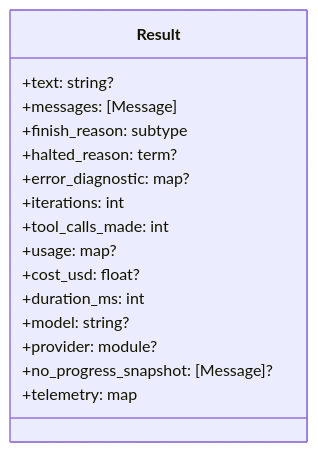
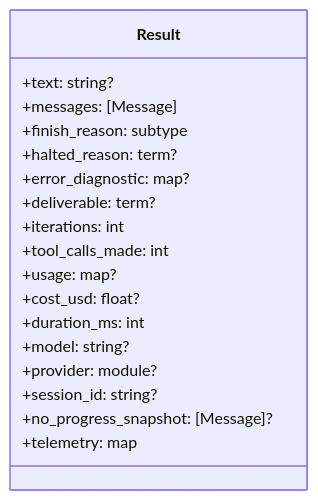
One commit to Dodothereal/ex_athena changed the fourth of 4 diagrams in docs/05-state-and-termination.md. Above: the diagram before and after it, drawn with Mermaid. The commit also changed other lines of this file and 4 other files, not shown here.

````diff
--- a/docs/05-state-and-termination.md
+++ b/docs/05-state-and-termination.md
@@ -185,19 +188,21 @@
 ```mermaid
 classDiagram
   class Result {
     +text: string?
     +messages: [Message]
     +finish_reason: subtype
     +halted_reason: term?
     +error_diagnostic: map?
+    +deliverable: term?
     +iterations: int
     +tool_calls_made: int
     +usage: map?
     +cost_usd: float?
     +duration_ms: int
     +model: string?
     +provider: module?
+    +session_id: string?
     +no_progress_snapshot: [Message]?
     +telemetry: map
   }
 ```
````
